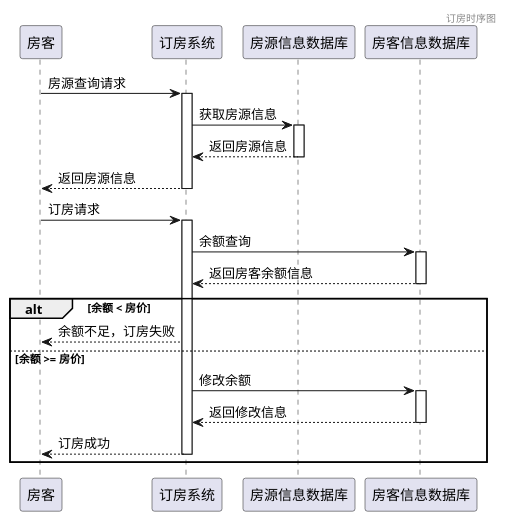
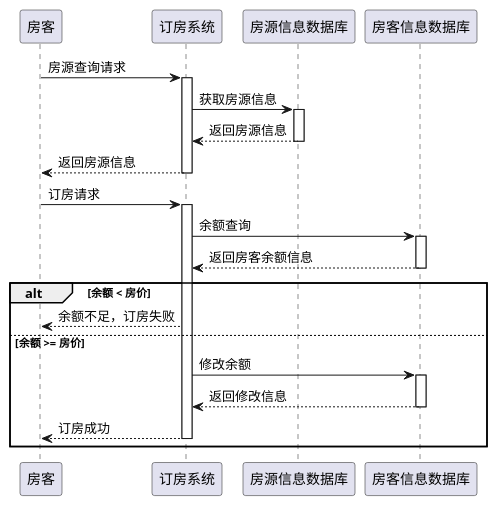
One commit to clysto/software-engineering changed the diagram in 时序图/房客订房时序图.plantuml. Above: the diagram before and after it, drawn with PlantUML. The commit also changed 27 other files, not shown here.

```diff
--- a/时序图/房客订房时序图.plantuml
+++ b/时序图/房客订房时序图.plantuml
@@ -1,50 +1,52 @@
-@startuml
-header 订房时序图
+@startuml 房客订房时序图
+
+skinparam shadowing false
+
 participant c as "房客"
 participant s as "订房系统"
 participant d as "房源信息数据库"
 participant d1 as "房客信息数据库"
 
 
 c -> s: 房源查询请求
 activate s
 
 s -> d: 获取房源信息
 activate d
 
 
 d --> s: 返回房源信息
 deactivate d
 
 
 s --> c: 返回房源信息
 deactivate s
 
 
 
 c -> s: 订房请求
 activate s
 
 s -> d1: 余额查询
 activate d1
 d1 --> s: 返回房客余额信息
 deactivate d1
 
 alt 余额 < 房价
     s-->c:余额不足，订房失败
 
 else 余额 >= 房价
     s -> d1 :修改余额
     activate d1
 
     d1 --> s:返回修改信息
     deactivate d1
 
     s -->c:订房成功
     deactivate s
 
 end
 
 
 
 @enduml
```
